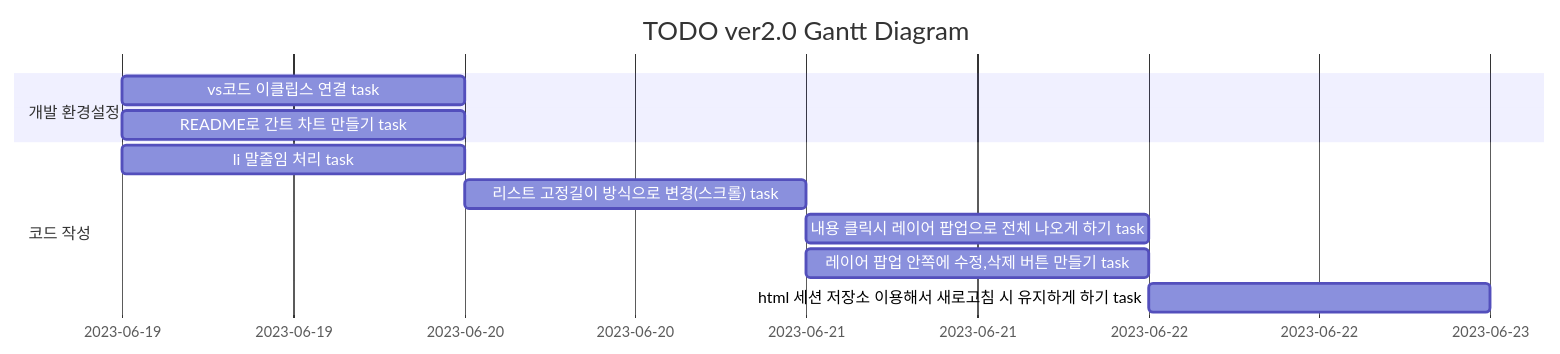
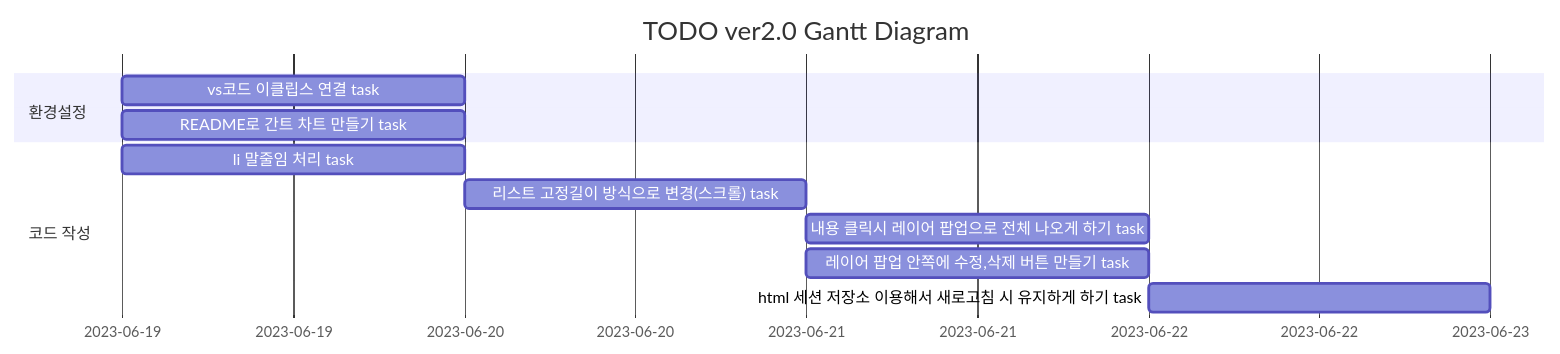
Before and after one commit to UDONGSALI/Toy-Project: the diagram in README.md, drawn with Mermaid.

````diff
--- a/README.md
+++ b/README.md
@@ -1,14 +1,14 @@
 ```mermaid
 gantt
     title TODO ver2.0 Gantt Diagram
     dateFormat  YYYY-MM-DD
-    section 개발 환경설정
+    section 환경설정
     vs코드 이클립스 연결 task           :2023-06-19, 1d
     README로 간트 차트 만들기 task     :2023-06-19, 1d
     section 코드 작성
     li 말줄임 처리 task      : 2023-06-19, 1d
     리스트 고정길이 방식으로 변경(스크롤) task      : 2023-06-20, 1d
     내용 클릭시 레이어 팝업으로 전체 나오게 하기 task      : 2023-06-21, 1d
     레이어 팝업 안쪽에 수정,삭제 버튼 만들기 task      : 2023-06-21, 1d
     html 세션 저장소 이용해서 새로고침 시 유지하게 하기 task      : 2023-06-22, 1d
 ```
````
